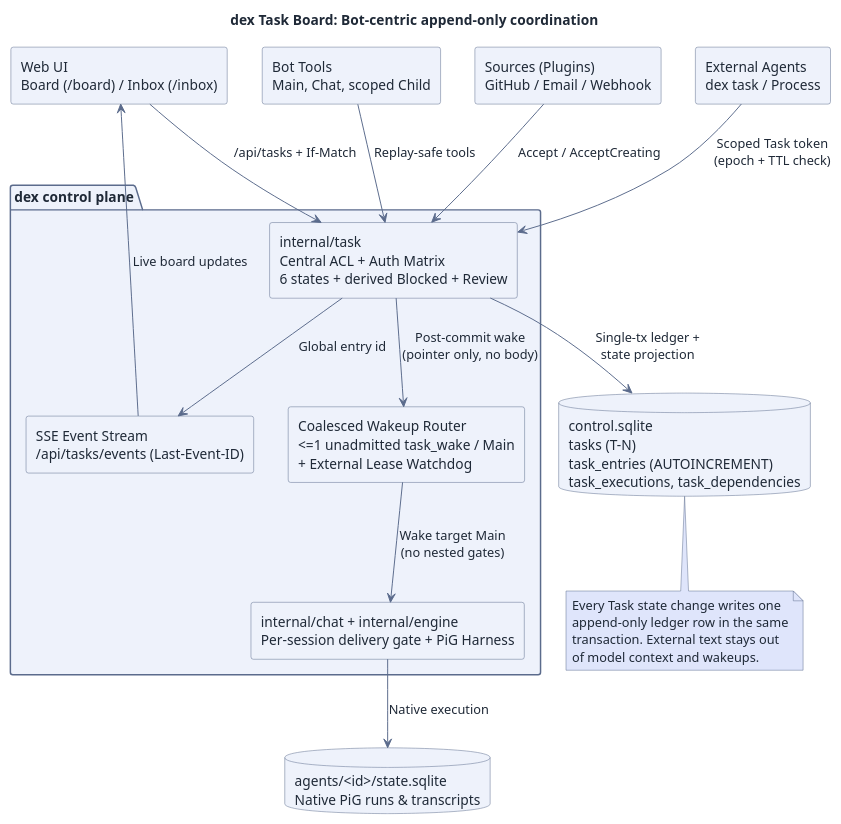
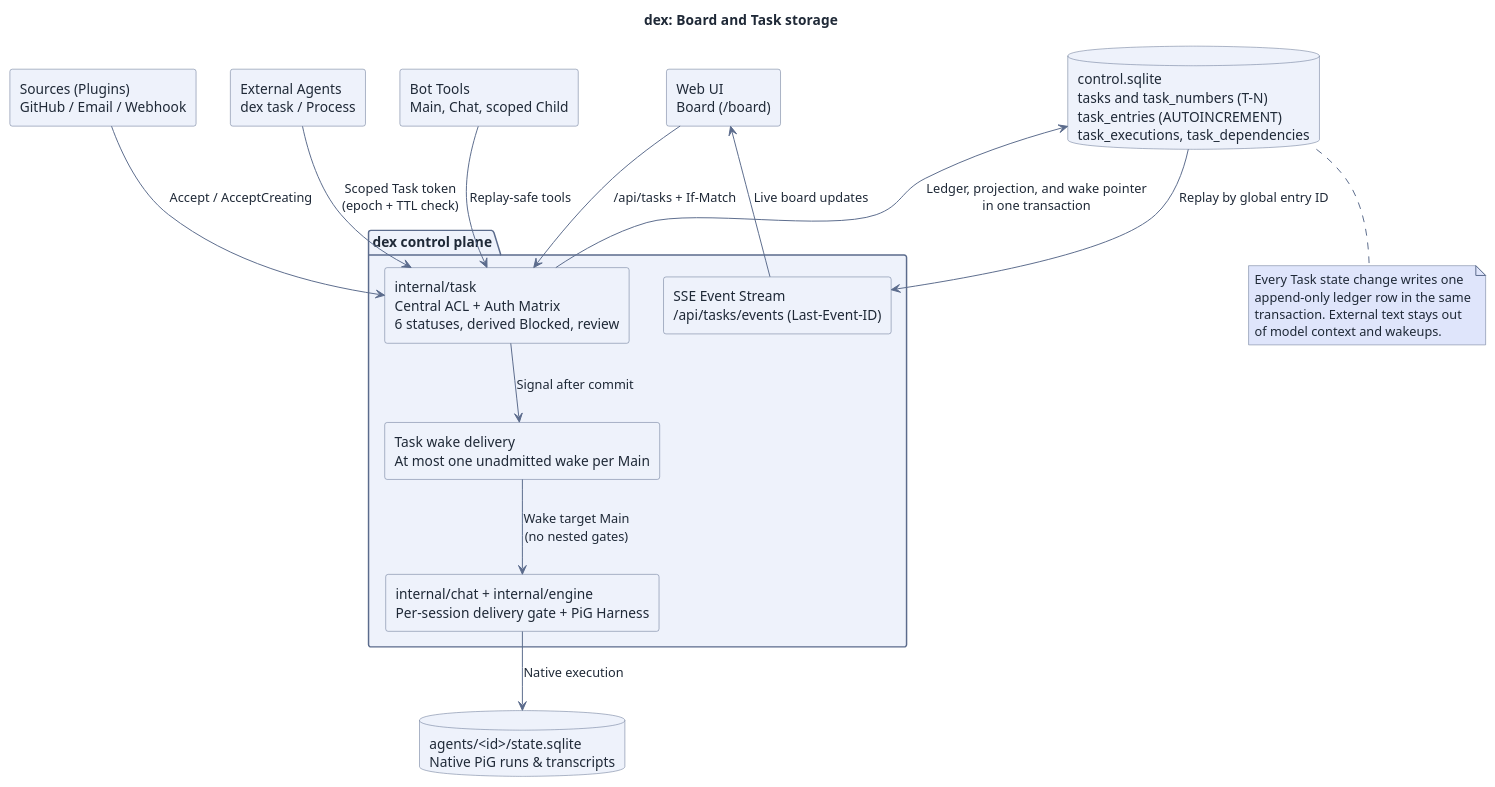
The diagram in docs/assets/src/task-board.puml (recally-io/dex), drawn with PlantUML before and after one commit. The commit also changed 27 other files, not shown here.

```diff
--- a/docs/assets/src/task-board.puml
+++ b/docs/assets/src/task-board.puml
@@ -1,82 +1,82 @@
 @startuml
 skinparam RectangleBackgroundColor #eef2fb
 skinparam RectangleBorderColor #5b6b8c
 skinparam RectangleFontColor #1f2937
 skinparam ComponentBackgroundColor #eef2fb
 skinparam ComponentBorderColor #5b6b8c
 skinparam ComponentFontColor #1f2937
 skinparam ClassBackgroundColor #eef2fb
 skinparam ClassBorderColor #5b6b8c
 skinparam ClassFontColor #1f2937
 skinparam UsecaseBackgroundColor #eef2fb
 skinparam UsecaseBorderColor #5b6b8c
 skinparam UsecaseFontColor #1f2937
 skinparam DatabaseBackgroundColor #eef2fb
 skinparam DatabaseBorderColor #5b6b8c
 skinparam DatabaseFontColor #1f2937
 skinparam NodeBackgroundColor #eef2fb
 skinparam NodeBorderColor #5b6b8c
 skinparam NodeFontColor #1f2937
 skinparam ActorBackgroundColor #eef2fb
 skinparam ActorBorderColor #5b6b8c
 skinparam ActorFontColor #1f2937
 skinparam StateBackgroundColor #eef2fb
 skinparam StateBorderColor #5b6b8c
 skinparam StateFontColor #1f2937
 skinparam ArtifactBackgroundColor #eef2fb
 skinparam ArtifactBorderColor #5b6b8c
 skinparam ArtifactFontColor #1f2937
 skinparam CloudBackgroundColor #eef2fb
 skinparam CloudBorderColor #5b6b8c
 skinparam CloudFontColor #1f2937
 skinparam FolderBackgroundColor #eef2fb
 skinparam FolderBorderColor #5b6b8c
 skinparam FolderFontColor #1f2937
 skinparam PackageBackgroundColor #eef2fb
 skinparam PackageBorderColor #5b6b8c
 skinparam DefaultFontColor #1f2937
 skinparam ArrowColor #5b6b8c
 skinparam ArrowFontColor #1f2937
 skinparam NoteBackgroundColor #dfe5fb
 skinparam NoteBorderColor #5b6b8c
 skinparam NoteFontColor #1f2937
 skinparam stereotypeABackgroundColor #d9e3f4
 skinparam stereotypeABorderColor #5b6b8c
 skinparam stereotypeCBackgroundColor #d9e3f4
 skinparam stereotypeCBorderColor #5b6b8c
 skinparam stereotypeEBackgroundColor #d9e3f4
 skinparam stereotypeEBorderColor #5b6b8c
 skinparam stereotypeIBackgroundColor #d9e3f4
 skinparam stereotypeIBorderColor #5b6b8c
 skinparam BackgroundColor #ffffff
-title dex Task Board: Bot-centric append-only coordination
+title dex: Board and Task storage
 top to bottom direction
-rectangle "Web UI\nBoard (/board) / Inbox (/inbox)" as ui
+rectangle "Web UI\nBoard (/board)" as ui
 rectangle "Bot Tools\nMain, Chat, scoped Child" as tools
 rectangle "Sources (Plugins)\nGitHub / Email / Webhook" as plugins
 rectangle "External Agents\ndex task / Process" as ext
 package "dex control plane" as ctrl {
   rectangle "SSE Event Stream\n/api/tasks/events (Last-Event-ID)" as sse
-  rectangle "internal/task\nCentral ACL + Auth Matrix\n6 states + derived Blocked + Review" as core
-  rectangle "Coalesced Wakeup Router\n<=1 unadmitted task_wake / Main\n+ External Lease Watchdog" as wake
+  rectangle "internal/task\nCentral ACL + Auth Matrix\n6 statuses, derived Blocked, review" as core
+  rectangle "Task wake delivery\nAt most one unadmitted wake per Main" as wake
   rectangle "internal/chat + internal/engine\nPer-session delivery gate + PiG Harness" as runtime
 }
-database "control.sqlite\ntasks (T-N)\ntask_entries (AUTOINCREMENT)\ntask_executions, task_dependencies" as cdb
+database "control.sqlite\ntasks and task_numbers (T-N)\ntask_entries (AUTOINCREMENT)\ntask_executions, task_dependencies" as cdb
 database "agents/<id>/state.sqlite\nNative PiG runs & transcripts" as adb
 ui --> core : /api/tasks + If-Match
 ui <-- sse : Live board updates
 tools --> core : Replay-safe tools
 plugins --> core : Accept / AcceptCreating
 ext --> core : Scoped Task token\n(epoch + TTL check)
-core --> cdb : Single-tx ledger +\nstate projection
-core --> sse : Global entry id
-core --> wake : Post-commit wake\n(pointer only, no body)
+core --> cdb : Ledger, projection, and wake pointer\nin one transaction
+cdb --> sse : Replay by global entry ID
+core --> wake : Signal after commit
 wake --> runtime : Wake target Main\n(no nested gates)
 runtime --> adb : Native execution
 note bottom of cdb
   Every Task state change writes one
   append-only ledger row in the same
   transaction. External text stays out
   of model context and wakeups.
 end note
 @enduml
```
